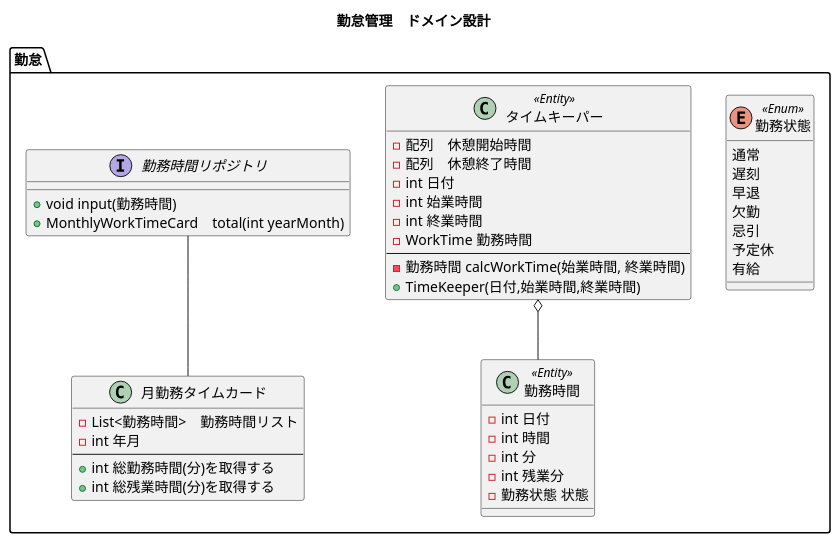
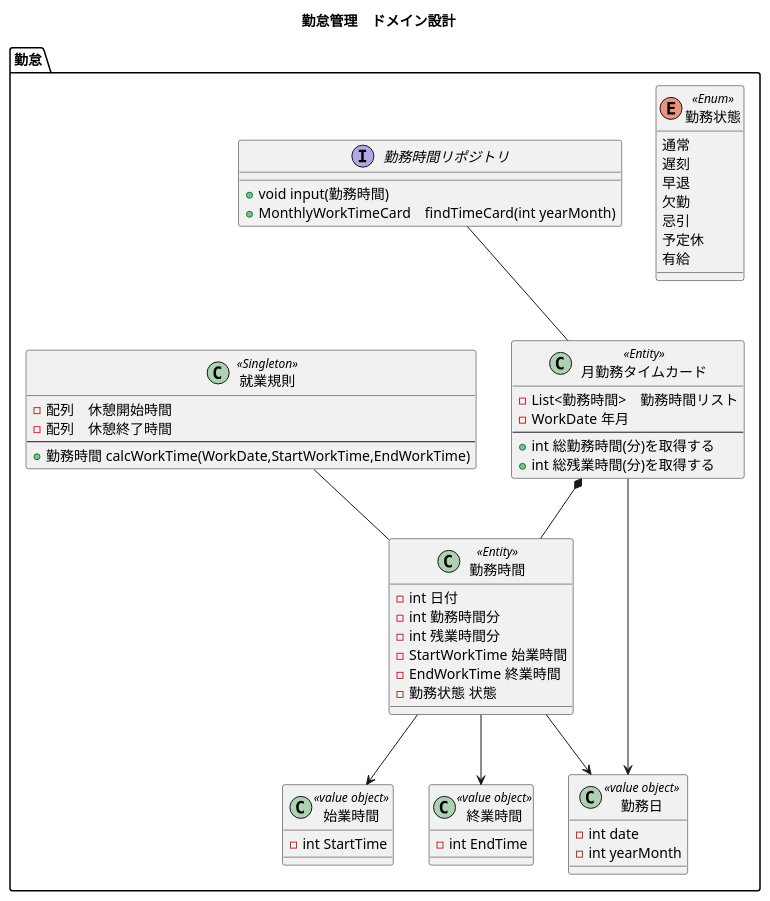
One commit to biglobe-isp/kintai changed the diagram in etc/document/domain/kintai-model.puml. Above: the diagram before and after it, drawn with PlantUML.

Commit message:
9/21レビューによる指摘を反映

```diff
--- a/etc/document/domain/kintai-model.puml
+++ b/etc/document/domain/kintai-model.puml
@@ -1,57 +1,71 @@
 @startuml
 
 title 勤怠管理　ドメイン設計
 
 
 package 勤怠{
 
     enum WorkState as "勤務状態" << Enum >>{
      通常
      遅刻
      早退
      欠勤
      忌引
      予定休
      有給
     }
 
     class WorkTime as "勤務時間"  << Entity >> {
      - int 日付
-     - int 時間
-     – int 分
-     - int 残業分
+     – int 勤務時間分
+     - int 残業時間分
+     - StartWorkTime 始業時間
+     - EndWorkTime 終業時間
      - 勤務状態 状態
     }
 
-    class TimeKeeper as "タイムキーパー" << Entity >>{
-     - 配列　休憩開始時間
-     - 配列　休憩終了時間
-     - int 日付
-     - int 始業時間
-     - int 終業時間
-     - WorkTime 勤務時間
-    --
-     - 勤務時間 calcWorkTime(始業時間, 終業時間)
-     + TimeKeeper(日付,始業時間,終業時間)
-    }
-
-    TimeKeeper o-- WorkTime
-
-    class MonthlyWorkTimeCard as "月勤務タイムカード"{
+    class MonthlyWorkTimeCard as "月勤務タイムカード" << Entity >>{
      - List<勤務時間>　勤務時間リスト
-     - int 年月
+     - WorkDate 年月
      --
      + int 総勤務時間(分)を取得する
      + int 総残業時間(分)を取得する
     }
 
+    MonthlyWorkTimeCard *-- WorkTime
+
 
     interface WorkTimeRepository as "勤務時間リポジトリ"{
       + void input(勤務時間)
-      + MonthlyWorkTimeCard　total(int yearMonth)
+      + MonthlyWorkTimeCard　findTimeCard(int yearMonth)
     }
 
     WorkTimeRepository -- MonthlyWorkTimeCard
 
+    class StartWorkTime as "始業時間" << value object >>{
+     - int StartTime
+    }
+    WorkTime --> StartWorkTime
+
+    class EndWorkTime as "終業時間" << value object >>{
+     - int EndTime
+    }
+    WorkTime --> EndWorkTime
+
+    class WorkDate as "勤務日" << value object >>{
+     - int date
+     - int yearMonth
+    }
+    WorkTime --> WorkDate
+    MonthlyWorkTimeCard --> WorkDate
+
+    class WorkingRule as "就業規則" << Singleton >>{
+     - 配列　休憩開始時間
+     - 配列　休憩終了時間
+    --
+     + 勤務時間 calcWorkTime(WorkDate,StartWorkTime,EndWorkTime)
+    }
+    WorkingRule -- WorkTime
+
 }
 @enduml
```
